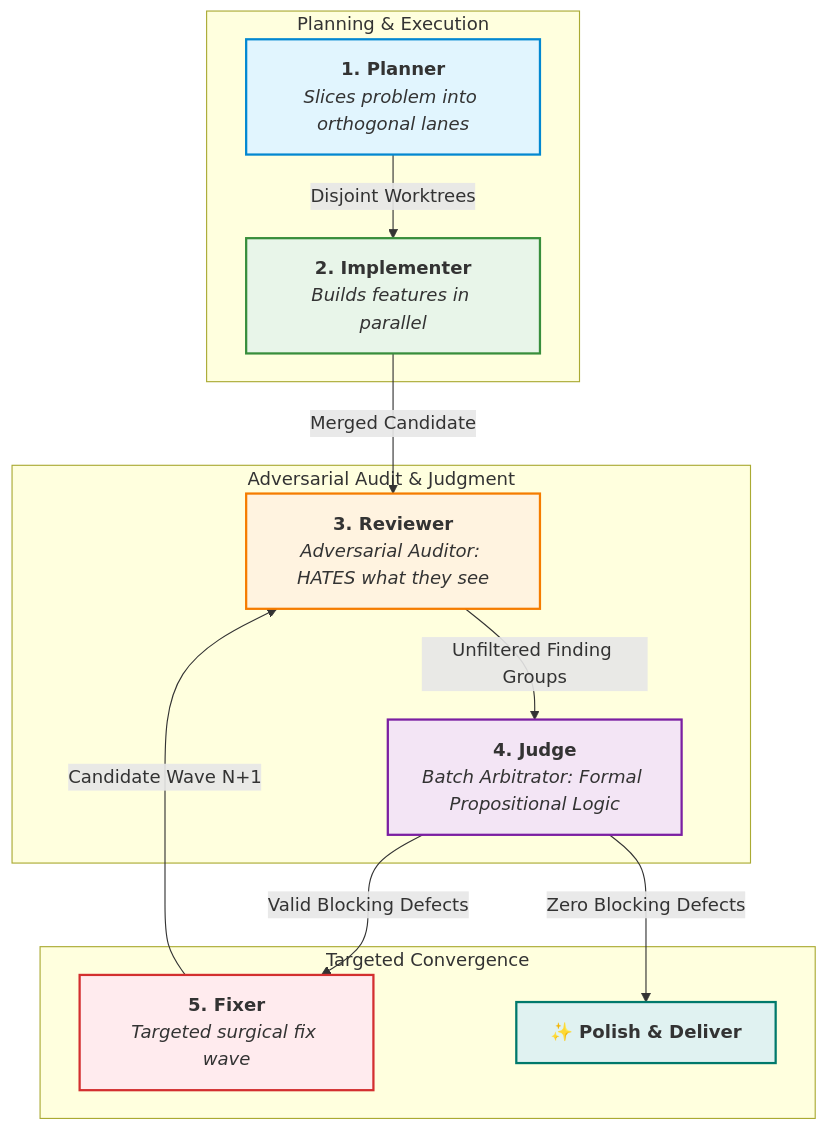
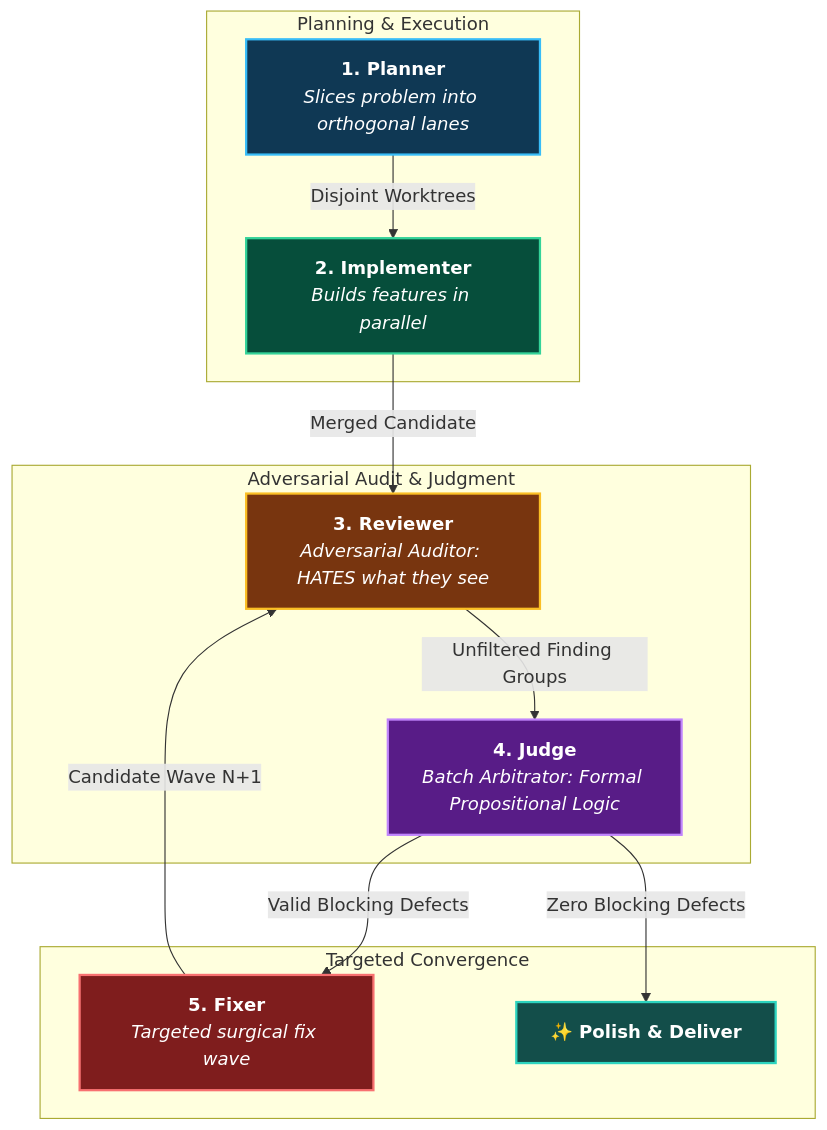
Before and after one commit to jhiver/gauntlet: the first of 3 diagrams in README.md, drawn with Mermaid. The commit also changed other lines of this file, not shown here.

Commit message:
fix(docs): improve Mermaid diagram contrast with dark saturated fills and explicit white text

````diff
--- a/README.md
+++ b/README.md
@@ -41,31 +41,24 @@
 ```mermaid
-graph TD
+flowchart TD
     subgraph Planning & Execution
-        A[<b>1. Planner</b><br><i>Slices problem into orthogonal lanes</i>] -->|Disjoint Worktrees| B[<b>2. Implementer</b><br><i>Builds features in parallel</i>]
+        A["<b>1. Planner</b><br><i>Slices problem into orthogonal lanes</i>"] -->|Disjoint Worktrees| B["<b>2. Implementer</b><br><i>Builds features in parallel</i>"]
     end
 
     subgraph Adversarial Audit & Judgment
-        B -->|Merged Candidate| C[<b>3. Reviewer</b><br><i>Adversarial Auditor: HATES what they see</i>]
-        C -->|Unfiltered Finding Groups| D[<b>4. Judge</b><br><i>Batch Arbitrator: Formal Propositional Logic</i>]
+        B -->|Merged Candidate| C["<b>3. Reviewer</b><br><i>Adversarial Auditor: HATES what they see</i>"]
+        C -->|Unfiltered Finding Groups| D["<b>4. Judge</b><br><i>Batch Arbitrator: Formal Propositional Logic</i>"]
     end
 
     subgraph Targeted Convergence
-        D -->|Valid Blocking Defects| E[<b>5. Fixer</b><br><i>Targeted surgical fix wave</i>]
+        D -->|Valid Blocking Defects| E["<b>5. Fixer</b><br><i>Targeted surgical fix wave</i>"]
         E -->|Candidate Wave N+1| C
-        D -->|Zero Blocking Defects| F[<b>✨ Polish & Deliver</b>]
+        D -->|Zero Blocking Defects| F["<b>✨ Polish & Deliver</b>"]
     end
 
-    classDef plan fill:#e1f5fe,stroke:#0288d1,stroke-width:2px;
-    classDef imp fill:#e8f5e9,stroke:#388e3c,stroke-width:2px;
-    classDef rev fill:#fff3e0,stroke:#f57c00,stroke-width:2px;
-    classDef judge fill:#f3e5f5,stroke:#7b1fa2,stroke-width:2px;
-    classDef fix fill:#ffebee,stroke:#d32f2f,stroke-width:2px;
-    classDef deliver fill:#e0f2f1,stroke:#00796b,stroke-width:2px;
-
-    class A plan;
-    class B imp;
-    class C rev;
-    class D judge;
-    class E fix;
-    class F deliver;
+    style A fill:#0f3854,stroke:#38bdf8,stroke-width:2px,color:#ffffff
+    style B fill:#064e3b,stroke:#34d399,stroke-width:2px,color:#ffffff
+    style C fill:#78350f,stroke:#fbbf24,stroke-width:2px,color:#ffffff
+    style D fill:#581c87,stroke:#c084fc,stroke-width:2px,color:#ffffff
+    style E fill:#7f1d1d,stroke:#f87171,stroke-width:2px,color:#ffffff
+    style F fill:#134e4a,stroke:#2dd4bf,stroke-width:2px,color:#ffffff
 ```
````
